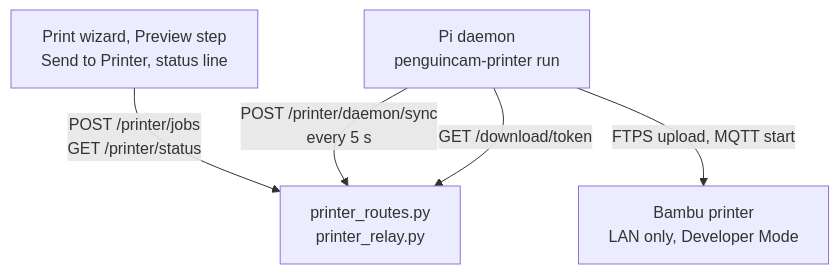
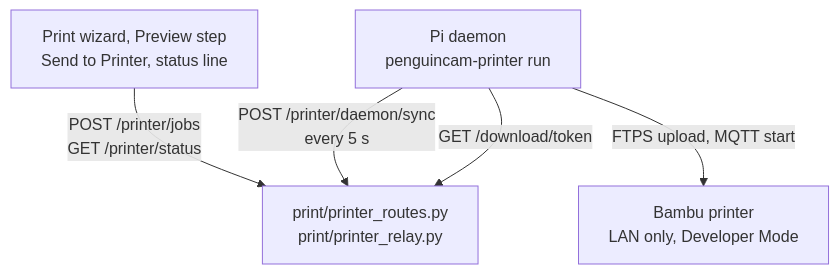
One commit to 6238/PenguinCAM changed the diagram in docs/PRINTER_SETUP.md. Above: the diagram before and after it, drawn with Mermaid. The commit also changed other lines of this file and 35 other files, not shown here.

First line of the commit message:
Move the printer relay into the print package

````diff
--- a/docs/PRINTER_SETUP.md
+++ b/docs/PRINTER_SETUP.md
@@ -241,7 +241,7 @@
 ```mermaid
 flowchart TB
-    W["Print wizard, Preview step<br/>Send to Printer, status line"] -->|"POST /printer/jobs<br/>GET /printer/status"| R["printer_routes.py<br/>printer_relay.py"]
+    W["Print wizard, Preview step<br/>Send to Printer, status line"] -->|"POST /printer/jobs<br/>GET /printer/status"| R["print/printer_routes.py<br/>print/printer_relay.py"]
     D["Pi daemon<br/>penguincam-printer run"] -->|"POST /printer/daemon/sync<br/>every 5 s"| R
     D -->|"GET /download/token"| R
     D -->|"FTPS upload, MQTT start"| P["Bambu printer<br/>LAN only, Developer Mode"]
 ```
````
